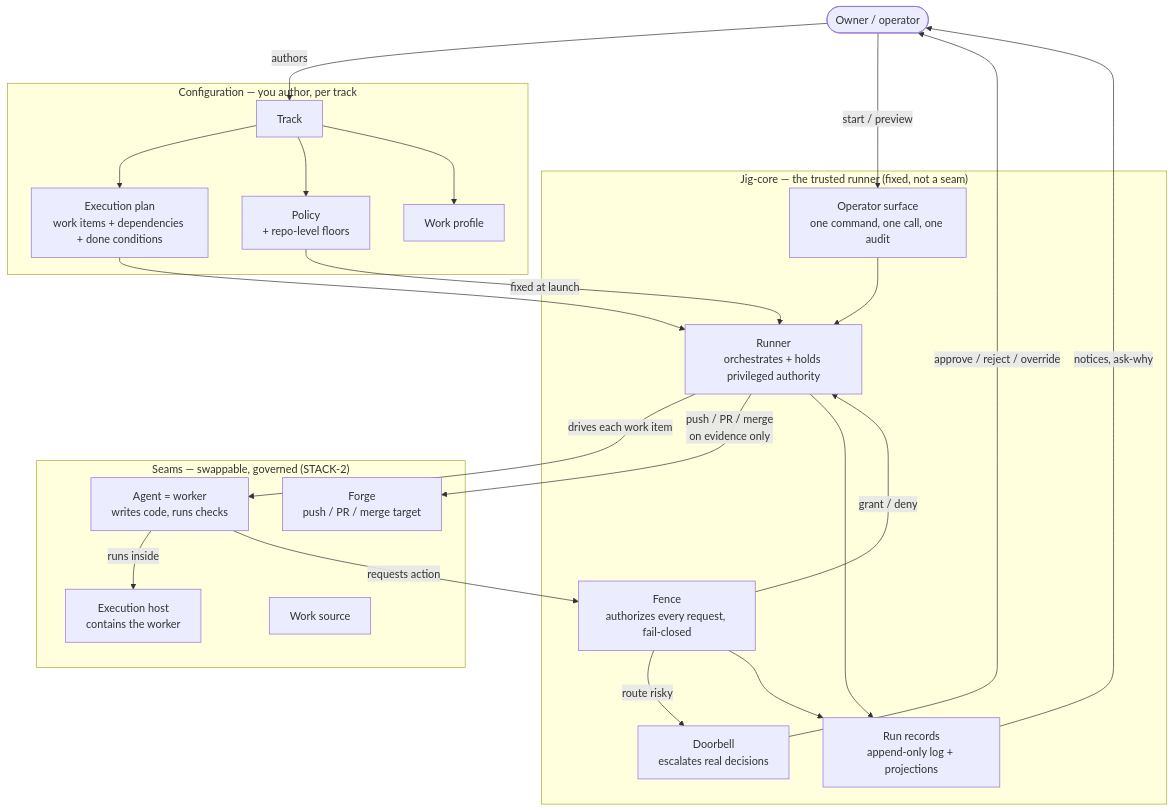
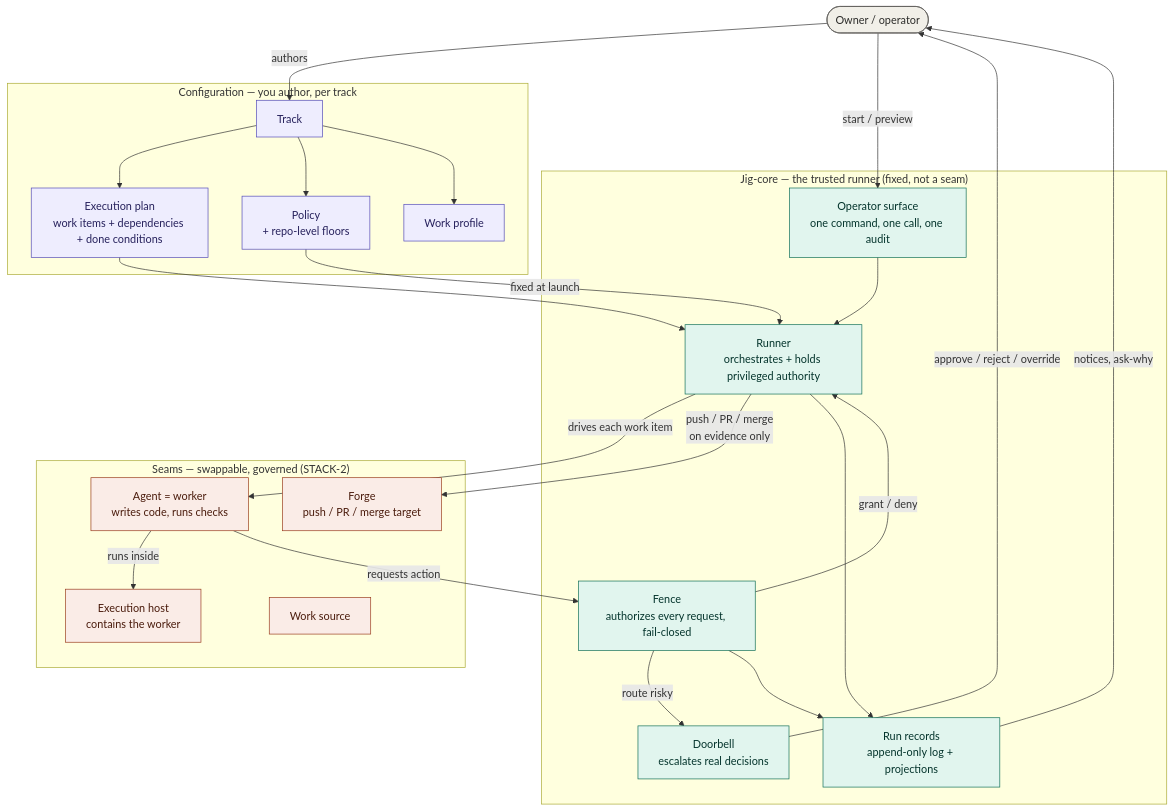
One commit to agentic-workflow-kit/jig changed the first of 2 diagrams in docs/design/core/README.md. Above: the diagram before and after it, drawn with Mermaid. The commit also changed other lines of this file and 8 other files, not shown here.

First line of the commit message:
docs: style design-layer diagrams by category

````diff
--- a/docs/design/core/README.md
+++ b/docs/design/core/README.md
@@ -26,45 +26,54 @@
 ```mermaid
 flowchart TB
     Owner(["Owner / operator"])
 
     subgraph CFG["Configuration — you author, per track"]
         Track["Track"]
         Plan["Execution plan<br/>work items + dependencies + done conditions"]
         Policy["Policy<br/>+ repo-level floors"]
         Profile["Work profile"]
     end
 
     subgraph CORE["Jig-core — the trusted runner (fixed, not a seam)"]
         Entry["Operator surface<br/>one command, one call, one audit"]
         Runner["Runner<br/>orchestrates + holds privileged authority"]
         Fence["Fence<br/>authorizes every request, fail-closed"]
         Doorbell["Doorbell<br/>escalates real decisions"]
         Records["Run records<br/>append-only log + projections"]
     end
 
     subgraph SEAMS["Seams — swappable, governed (STACK-2)"]
         Agent["Agent = worker<br/>writes code, runs checks"]
         Host["Execution host<br/>contains the worker"]
         Forge["Forge<br/>push / PR / merge target"]
         Source["Work source"]
     end
 
     Owner -->|authors| Track
     Track --> Plan & Policy & Profile
     Owner -->|start / preview| Entry
     Entry --> Runner
     Plan --> Runner
     Policy -->|fixed at launch| Runner
 
     Runner -->|drives each work item| Agent
     Agent -->|runs inside| Host
     Agent -->|requests action| Fence
     Fence -->|grant / deny| Runner
     Fence -->|route risky| Doorbell
     Doorbell -->|approve / reject / override| Owner
 
     Runner -->|push / PR / merge<br/>on evidence only| Forge
     Runner --> Records
     Fence --> Records
     Records -->|notices, ask-why| Owner
+
+    classDef config fill:#EEEDFE,stroke:#534AB7,color:#26215C;
+    classDef core fill:#E1F5EE,stroke:#0F6E56,color:#04342C;
+    classDef seam fill:#FAECE7,stroke:#993C1D,color:#4A1B0C;
+    classDef neutral fill:#F1EFE8,stroke:#5F5E5A,color:#2C2C2A;
+    class Owner neutral;
+    class Track,Plan,Policy,Profile config;
+    class Entry,Runner,Fence,Doorbell,Records core;
+    class Agent,Host,Forge,Source seam;
 ```
````
